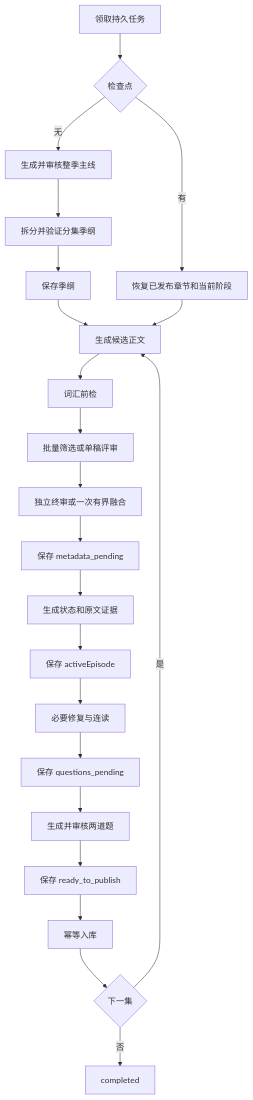
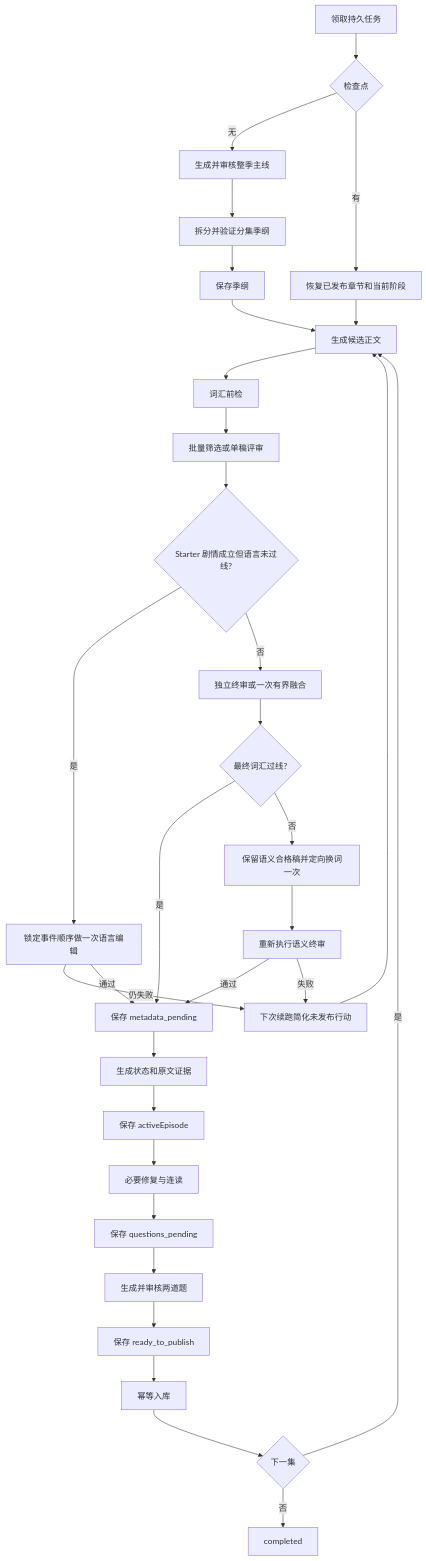
One commit to zhuangzhineng0902/read-remember changed the diagram in server/README.md. Above: the diagram before and after it, drawn with Mermaid. The commit also changed other lines of this file and 13 other files, not shown here.

````diff
--- a/server/README.md
+++ b/server/README.md
@@ -152,24 +152,34 @@
 ```mermaid
 flowchart TD
   Q[领取持久任务] --> C{检查点}
   C -- 无 --> P[生成并审核整季主线]
   C -- 有 --> R[恢复已发布章节和当前阶段]
   P --> D[拆分并验证分集季纲]
   D --> B[保存季纲]
   B --> E[生成候选正文]
   R --> E
   E --> V[词汇前检]
   V --> S[批量筛选或单稿评审]
-  S --> F[独立终审或一次有界融合]
-  F --> M0[保存 metadata_pending]
+  S --> L{Starter 剧情成立但语言未过线?}
+  L -- 是 --> LE[锁定事件顺序做一次语言编辑]
+  LE -- 仍失败 --> LP[下次续跑简化未发布行动]
+  LP --> E
+  L -- 否 --> F[独立终审或一次有界融合]
+  LE -- 通过 --> M0
+  F --> FV{最终词汇过线?}
+  FV -- 是 --> M0[保存 metadata_pending]
+  FV -- 否 --> VE[保留语义合格稿并定向换词一次]
+  VE --> VR[重新执行语义终审]
+  VR -- 通过 --> M0
+  VR -- 失败 --> LP
   M0 --> M[生成状态和原文证据]
   M --> A[保存 activeEpisode]
   A --> X[必要修复与连读]
   X --> Q0[保存 questions_pending]
   Q0 --> T[生成并审核两道题]
   T --> P0[保存 ready_to_publish]
   P0 --> I[幂等入库]
   I --> N{下一集}
   N -- 是 --> E
   N -- 否 --> Z[completed]
 ```
````
